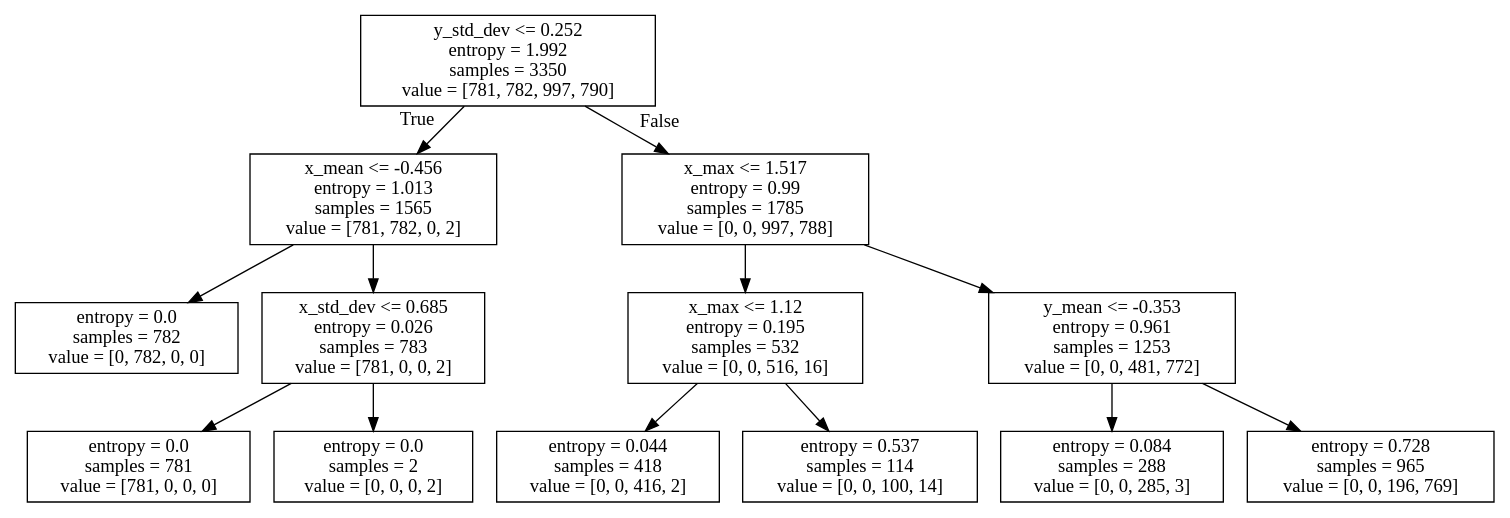
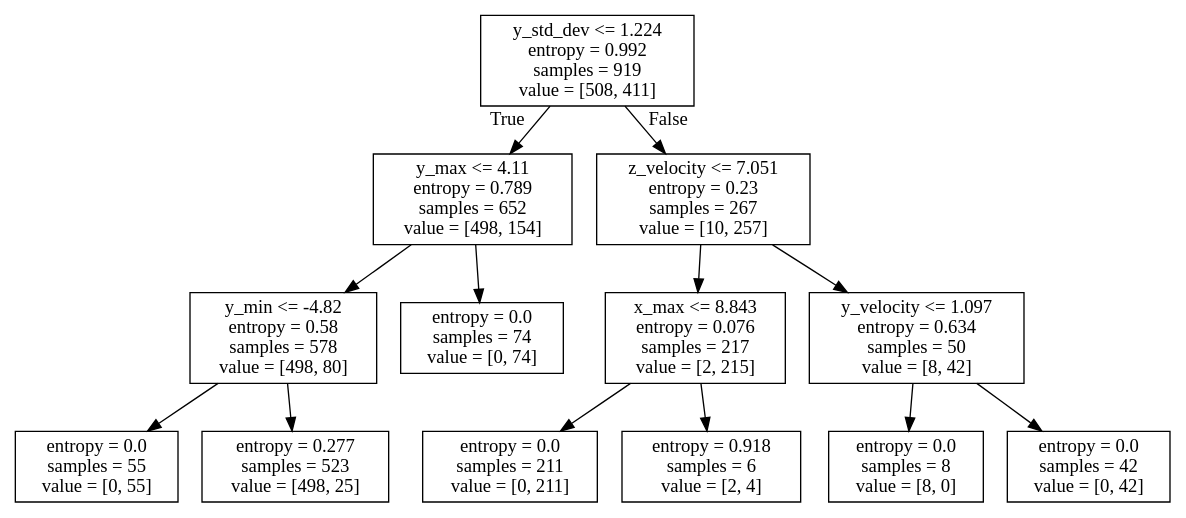
The diagram in tree.dot (forzarossi/android_final), drawn with Graphviz before and after one commit. The commit also changed 18 other files, not shown here.

```diff
--- a/tree.dot
+++ b/tree.dot
@@ -1,28 +1,28 @@
 digraph Tree {
 node [shape=box] ;
-0 [label="y_std_dev <= 0.252\nentropy = 1.992\nsamples = 3350\nvalue = [781, 782, 997, 790]"] ;
-1 [label="x_mean <= -0.456\nentropy = 1.013\nsamples = 1565\nvalue = [781, 782, 0, 2]"] ;
+0 [label="y_std_dev <= 1.224\nentropy = 0.992\nsamples = 919\nvalue = [508, 411]"] ;
+1 [label="y_max <= 4.11\nentropy = 0.789\nsamples = 652\nvalue = [498, 154]"] ;
 0 -> 1 [labeldistance=2.5, labelangle=45, headlabel="True"] ;
-2 [label="entropy = 0.0\nsamples = 782\nvalue = [0, 782, 0, 0]"] ;
+2 [label="y_min <= -4.82\nentropy = 0.58\nsamples = 578\nvalue = [498, 80]"] ;
 1 -> 2 ;
-3 [label="x_std_dev <= 0.685\nentropy = 0.026\nsamples = 783\nvalue = [781, 0, 0, 2]"] ;
-1 -> 3 ;
-4 [label="entropy = 0.0\nsamples = 781\nvalue = [781, 0, 0, 0]"] ;
-3 -> 4 ;
-5 [label="entropy = 0.0\nsamples = 2\nvalue = [0, 0, 0, 2]"] ;
-3 -> 5 ;
-6 [label="x_max <= 1.517\nentropy = 0.99\nsamples = 1785\nvalue = [0, 0, 997, 788]"] ;
+3 [label="entropy = 0.0\nsamples = 55\nvalue = [0, 55]"] ;
+2 -> 3 ;
+4 [label="entropy = 0.277\nsamples = 523\nvalue = [498, 25]"] ;
+2 -> 4 ;
+5 [label="entropy = 0.0\nsamples = 74\nvalue = [0, 74]"] ;
+1 -> 5 ;
+6 [label="z_velocity <= 7.051\nentropy = 0.23\nsamples = 267\nvalue = [10, 257]"] ;
 0 -> 6 [labeldistance=2.5, labelangle=-45, headlabel="False"] ;
-7 [label="x_max <= 1.12\nentropy = 0.195\nsamples = 532\nvalue = [0, 0, 516, 16]"] ;
+7 [label="x_max <= 8.843\nentropy = 0.076\nsamples = 217\nvalue = [2, 215]"] ;
 6 -> 7 ;
-8 [label="entropy = 0.044\nsamples = 418\nvalue = [0, 0, 416, 2]"] ;
+8 [label="entropy = 0.0\nsamples = 211\nvalue = [0, 211]"] ;
 7 -> 8 ;
-9 [label="entropy = 0.537\nsamples = 114\nvalue = [0, 0, 100, 14]"] ;
+9 [label="entropy = 0.918\nsamples = 6\nvalue = [2, 4]"] ;
 7 -> 9 ;
-10 [label="y_mean <= -0.353\nentropy = 0.961\nsamples = 1253\nvalue = [0, 0, 481, 772]"] ;
+10 [label="y_velocity <= 1.097\nentropy = 0.634\nsamples = 50\nvalue = [8, 42]"] ;
 6 -> 10 ;
-11 [label="entropy = 0.084\nsamples = 288\nvalue = [0, 0, 285, 3]"] ;
+11 [label="entropy = 0.0\nsamples = 8\nvalue = [8, 0]"] ;
 10 -> 11 ;
-12 [label="entropy = 0.728\nsamples = 965\nvalue = [0, 0, 196, 769]"] ;
+12 [label="entropy = 0.0\nsamples = 42\nvalue = [0, 42]"] ;
 10 -> 12 ;
 }
```
